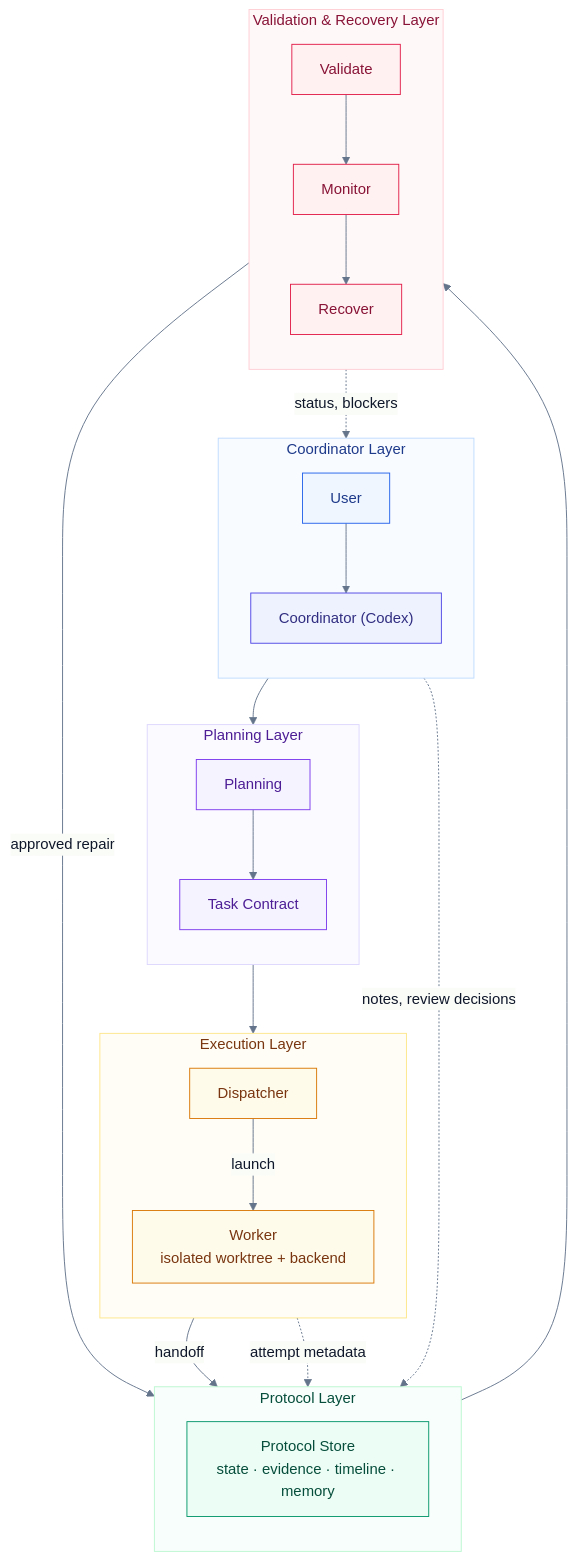
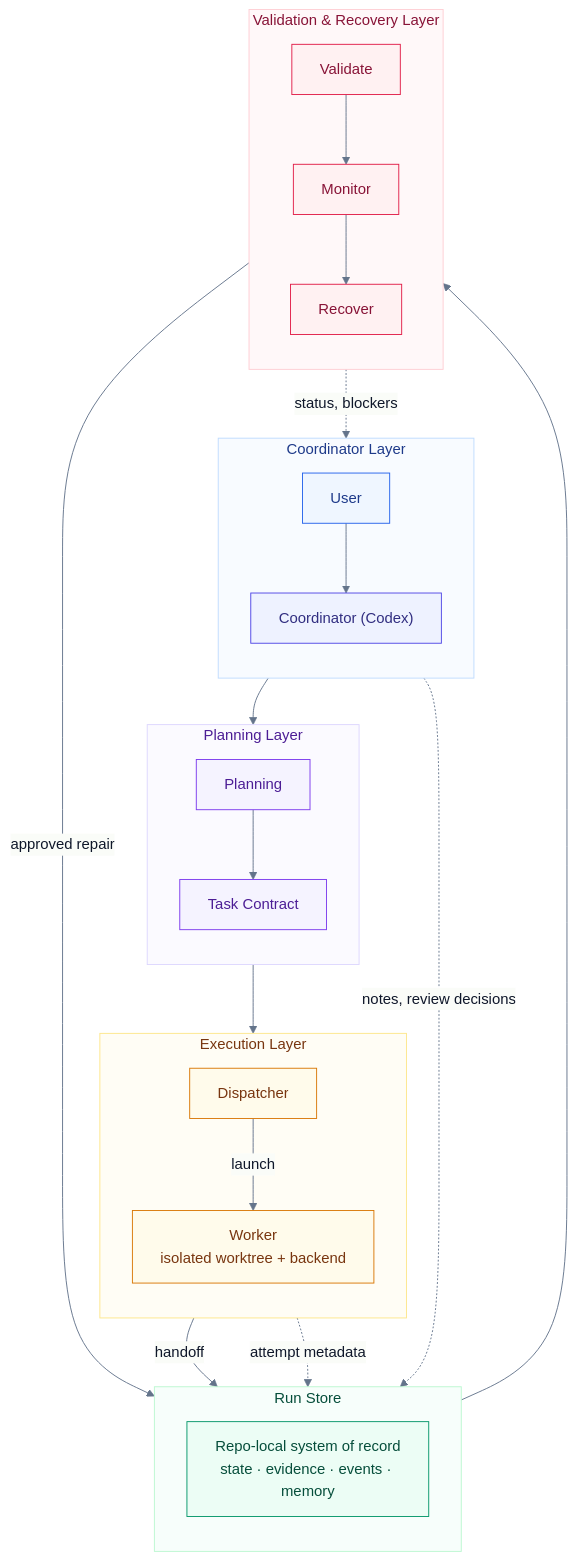
The first of 2 diagrams in README.md (LKCY23/research-dev-orchestrator), drawn with Mermaid before and after one commit. The commit also changed other lines of this file, not shown here.

Commit message:
Rename architecture store to Run Store

````diff
--- a/README.md
+++ b/README.md
@@ -56,61 +56,61 @@
 ```mermaid
 %%{init: {"theme":"base","themeVariables":{"fontFamily":"Inter, ui-sans-serif, system-ui","primaryColor":"#f8fafc","primaryTextColor":"#0f172a","primaryBorderColor":"#cbd5e1","lineColor":"#64748b","tertiaryColor":"#ffffff"},"flowchart":{"curve":"basis"}}}%%
 flowchart TB
   subgraph L1["Coordinator Layer"]
     direction TB
     U["User"]:::human
     C["Coordinator (Codex)"]:::coord
     U --> C
   end
 
   subgraph L2["Planning Layer"]
     direction TB
     P["Planning"]:::planning
     T["Task Contract"]:::planning
     P --> T
   end
 
   subgraph L3["Execution Layer"]
     direction TB
     D["Dispatcher"]:::exec
     W["Worker<br/>isolated worktree + backend"]:::exec
     D -- "launch" --> W
   end
 
-  subgraph L4["Protocol Layer"]
+  subgraph L4["Run Store"]
     direction TB
-    S["Protocol Store<br/>state · evidence · timeline · memory"]:::truth
+    S["Repo-local system of record<br/>state · evidence · events · memory"]:::truth
   end
 
   subgraph L5["Validation & Recovery Layer"]
     direction TB
     V["Validate"]:::validate
     O["Monitor"]:::validate
     R["Recover"]:::validate
     V --> O
     O --> R
   end
 
   C --> P
   T --> D
   W -- "handoff" --> S
   S --> V
 
   D -. "attempt metadata" .-> S
   C -. "notes, review decisions" .-> S
   O -. "status, blockers" .-> C
   R -- "approved repair" --> S
 
   classDef human fill:#eff6ff,stroke:#2563eb,color:#1e3a8a;
   classDef coord fill:#eef2ff,stroke:#4f46e5,color:#312e81;
   classDef planning fill:#f5f3ff,stroke:#7c3aed,color:#4c1d95;
   classDef exec fill:#fffbeb,stroke:#d97706,color:#78350f;
   classDef truth fill:#ecfdf5,stroke:#059669,color:#064e3b;
   classDef validate fill:#fff1f2,stroke:#e11d48,color:#881337;
 
   style L1 fill:#f8fbff,stroke:#bfdbfe,stroke-width:1px,color:#1e3a8a;
   style L2 fill:#fbfaff,stroke:#ddd6fe,stroke-width:1px,color:#4c1d95;
   style L3 fill:#fffdf5,stroke:#fde68a,stroke-width:1px,color:#78350f;
   style L4 fill:#f7fefb,stroke:#bbf7d0,stroke-width:1px,color:#064e3b;
   style L5 fill:#fff8f9,stroke:#fecdd3,stroke-width:1px,color:#881337;
 ```
````
